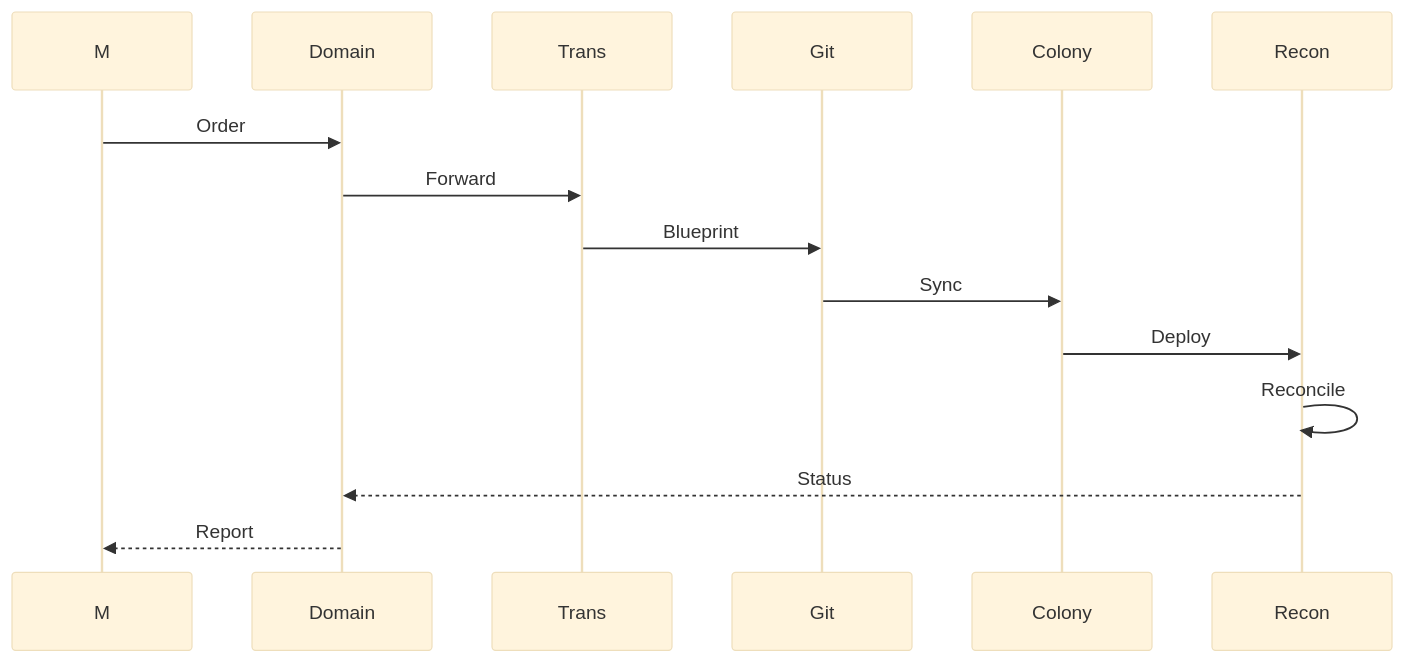
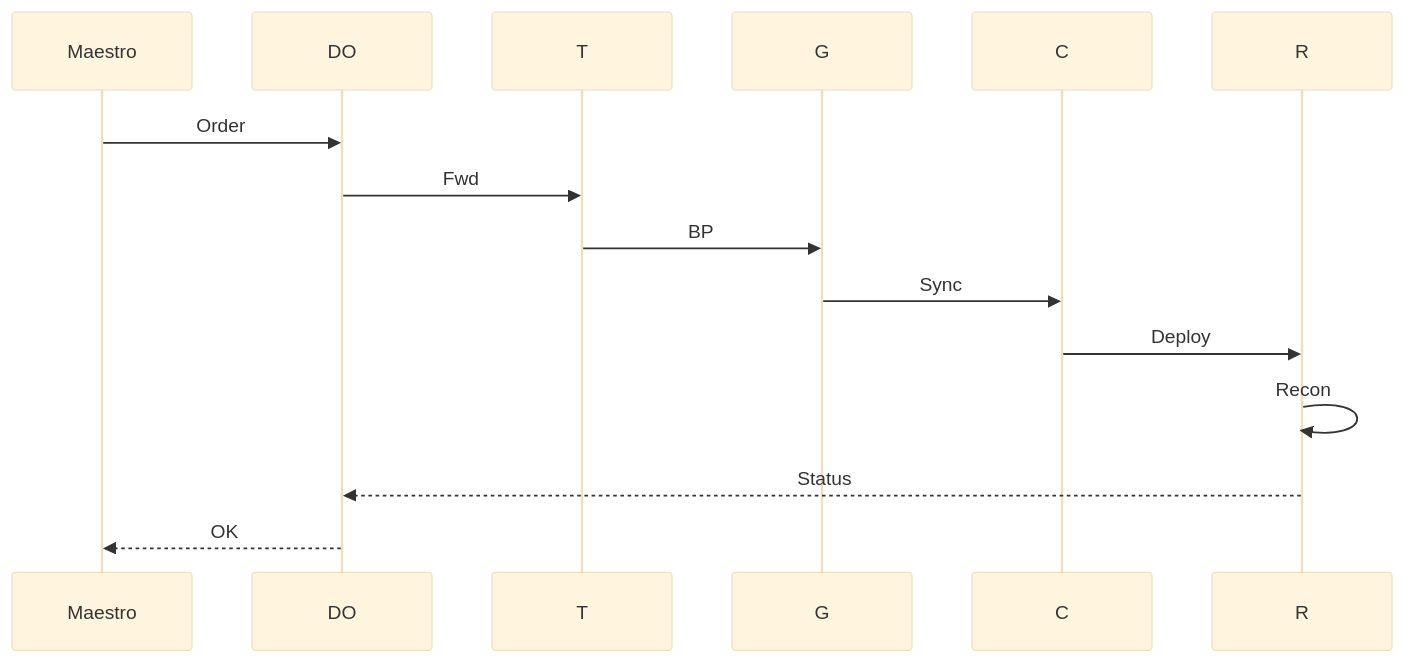
One commit to cop-pilot-eu/cluster-1-integration changed the second of 4 diagrams in README.md. Above: the diagram before and after it, drawn with Mermaid (base theme). The commit also changed other lines of this file, not shown here.

````diff
--- a/README.md
+++ b/README.md
@@ -101,18 +84,18 @@
 ```mermaid
 sequenceDiagram
-    participant M
-    participant DO as Domain
-    participant T as Trans
-    participant G as Git
-    participant C as Colony
-    participant R as Recon
+    participant Maestro
+    participant D as DO
+    participant T
+    participant G
+    participant C
+    participant R
 
-    M->>DO: Order
-    DO->>T: Forward
-    T->>G: Blueprint
+    Maestro->>D: Order
+    D->>T: Fwd
+    T->>G: BP
     G->>C: Sync
     C->>R: Deploy
-    R->>R: Reconcile
-    R-->>DO: Status
-    DO-->>M: Report
+    R->>R: Recon
+    R-->>D: Status
+    D-->>Maestro: OK
 ```
````
